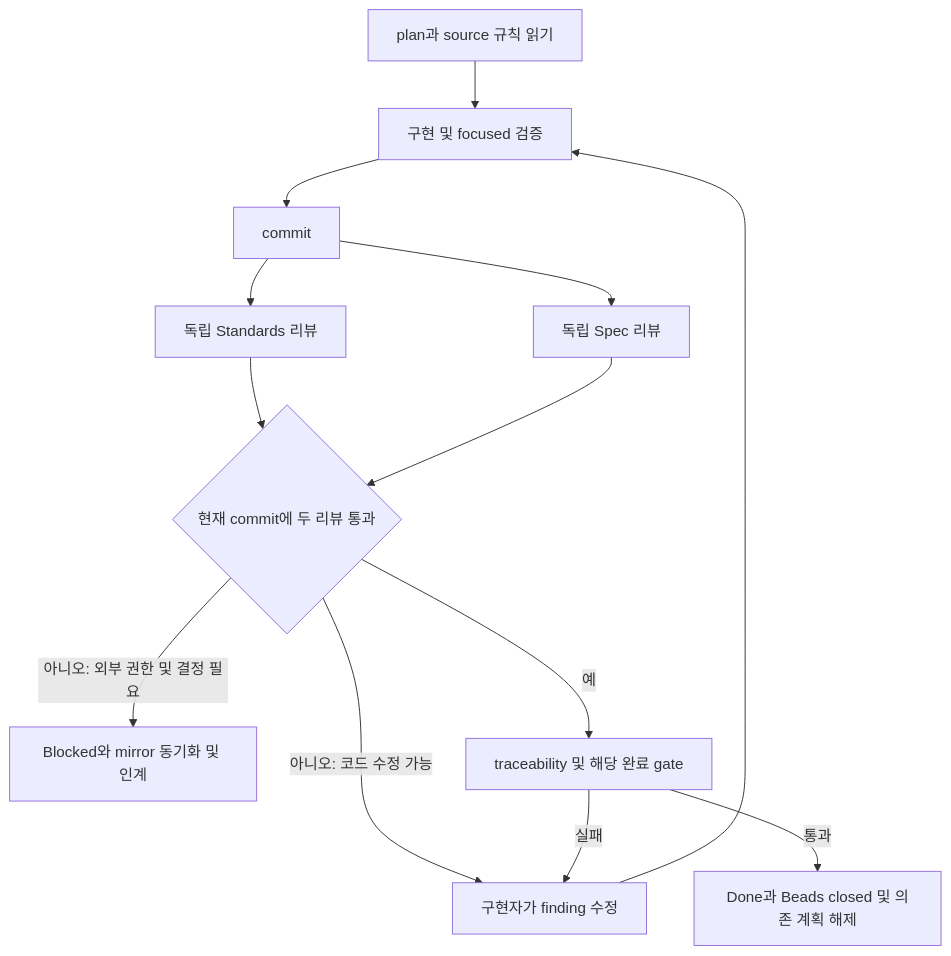
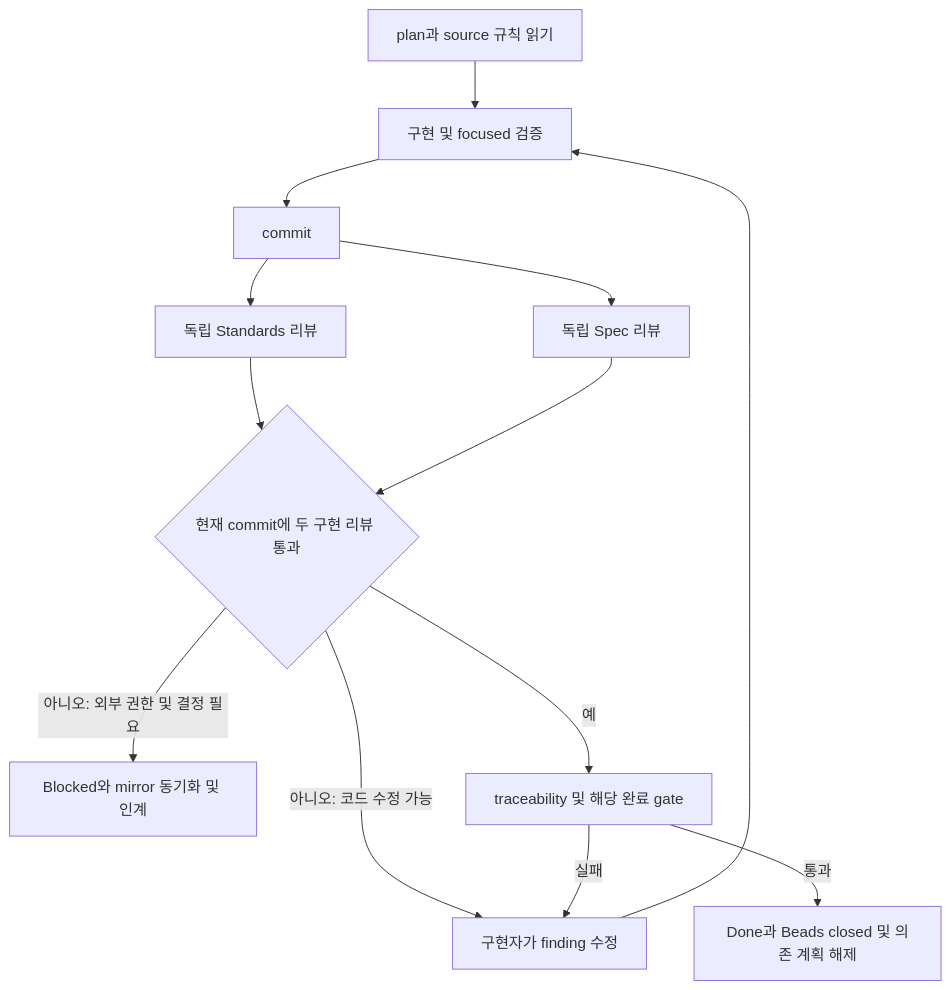
Before and after one commit to omegafrog/harness-codex: the third of 5 diagrams in docs/architecture/workflow-lifecycle.md, drawn with Mermaid. The commit also changed other lines of this file and 176 other files, not shown here.

````diff
--- a/docs/architecture/workflow-lifecycle.md
+++ b/docs/architecture/workflow-lifecycle.md
@@ -205,15 +205,15 @@
 ```mermaid
 flowchart TD
     A[plan과 source 규칙 읽기] --> B[구현 및 focused 검증]
     B --> C[commit]
     C --> D[독립 Standards 리뷰]
     C --> E[독립 Spec 리뷰]
-    D --> F{현재 commit에 두 리뷰 통과}
+    D --> F{현재 commit에 두 구현 리뷰 통과}
     E --> F
     F -->|아니오: 코드 수정 가능| G[구현자가 finding 수정]
     G --> B
     F -->|아니오: 외부 권한 및 결정 필요| H[Blocked와 mirror 동기화 및 인계]
     F -->|예| I[traceability 및 해당 완료 gate]
     I -->|실패| G
     I -->|통과| J[Done과 Beads closed 및 의존 계획 해제]
 ```
````
